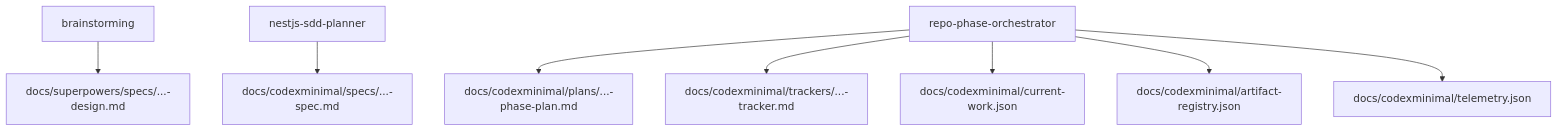
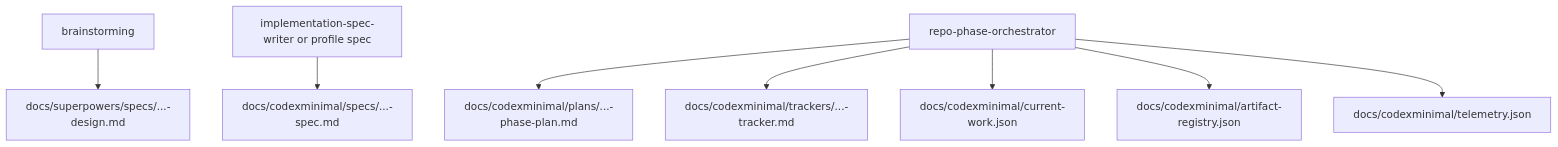
One commit to HoanDo95/CodexMinimal changed the ninth of 10 diagrams in README.md. Above: the diagram before and after it, drawn with Mermaid. The commit also changed other lines of this file and 67 other files, not shown here.

````diff
--- a/README.md
+++ b/README.md
@@ -108,10 +149,10 @@
 ```mermaid
 flowchart TD
     A[brainstorming] --> B[docs/superpowers/specs/...-design.md]
-    C[nestjs-sdd-planner] --> D[docs/codexminimal/specs/...-spec.md]
+    C[implementation-spec-writer or profile spec] --> D[docs/codexminimal/specs/...-spec.md]
     E[repo-phase-orchestrator] --> F[docs/codexminimal/plans/...-phase-plan.md]
     E --> G[docs/codexminimal/trackers/...-tracker.md]
     E --> H[docs/codexminimal/current-work.json]
     E --> I[docs/codexminimal/artifact-registry.json]
     E --> J[docs/codexminimal/telemetry.json]
 ```
````
